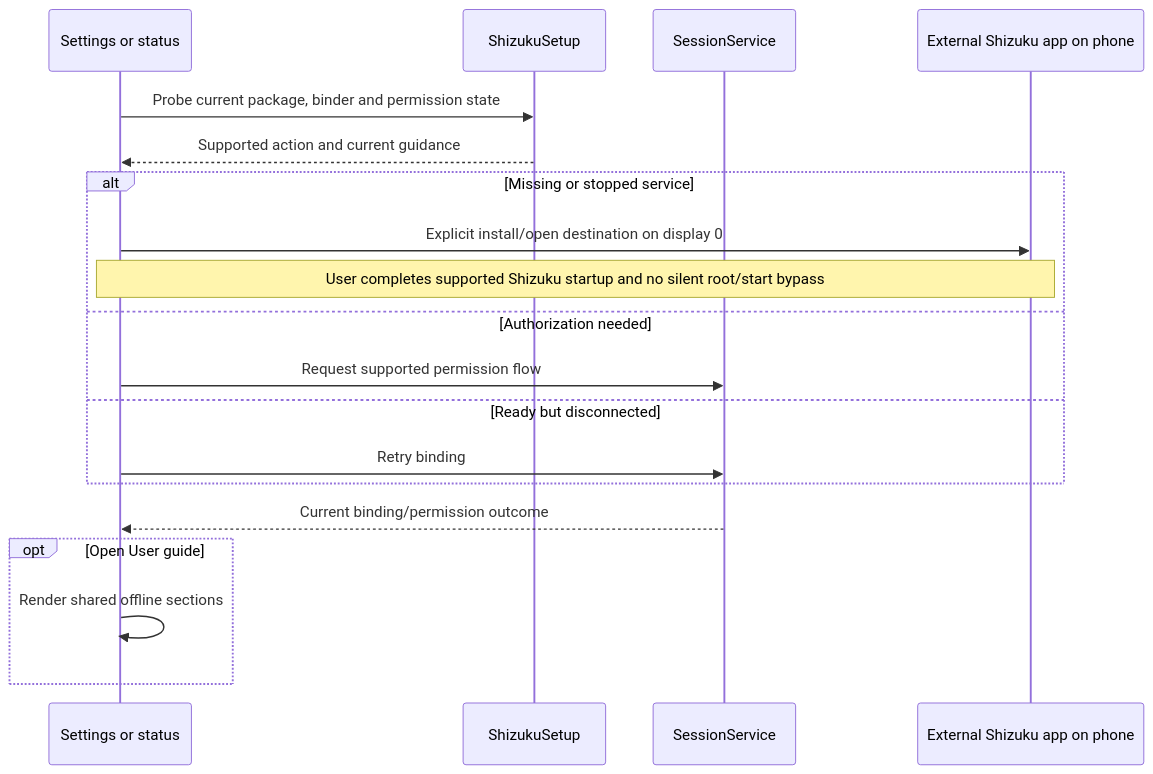
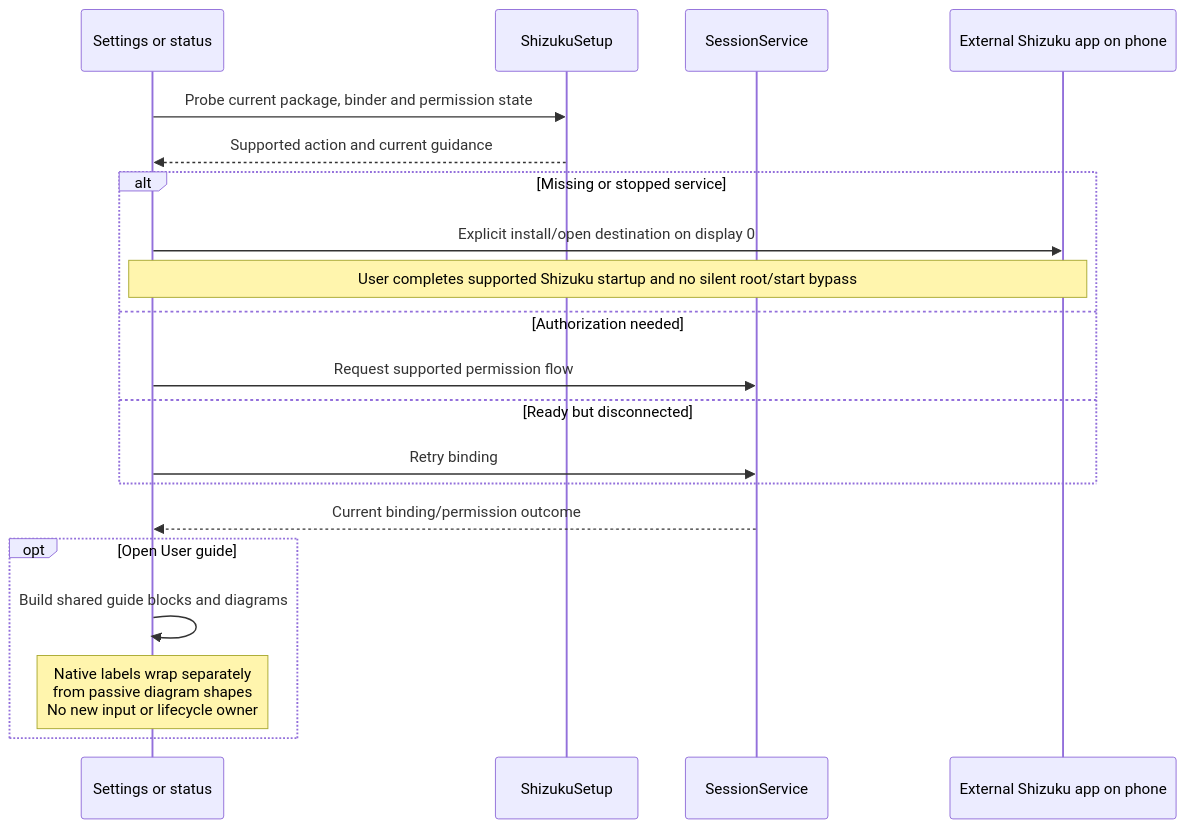
One commit to PhiLong-Ho/DexDroid changed the second of 3 diagrams in docs/architecture/features/setup-and-guide.md. Above: the diagram before and after it, drawn with Mermaid. The commit also changed other lines of this file and 82 other files, not shown here.

````diff
--- a/docs/architecture/features/setup-and-guide.md
+++ b/docs/architecture/features/setup-and-guide.md
@@ -26,21 +29,22 @@
 ```mermaid
 sequenceDiagram
     participant UI as Settings or status
     participant P as ShizukuSetup
     participant S as SessionService
     participant X as External Shizuku app on phone
     UI->>P: Probe current package, binder and permission state
     P-->>UI: Supported action and current guidance
     alt Missing or stopped service
         UI->>X: Explicit install/open destination on display 0
         Note over UI,X: User completes supported Shizuku startup and no silent root/start bypass
     else Authorization needed
         UI->>S: Request supported permission flow
     else Ready but disconnected
         UI->>S: Retry binding
     end
     S-->>UI: Current binding/permission outcome
     opt Open User guide
-        UI->>UI: Render shared offline sections
+        UI->>UI: Build shared guide blocks and diagrams
+        Note over UI: Native labels wrap separately<br/>from passive diagram shapes<br/>No new input or lifecycle owner
     end
 ```
````
